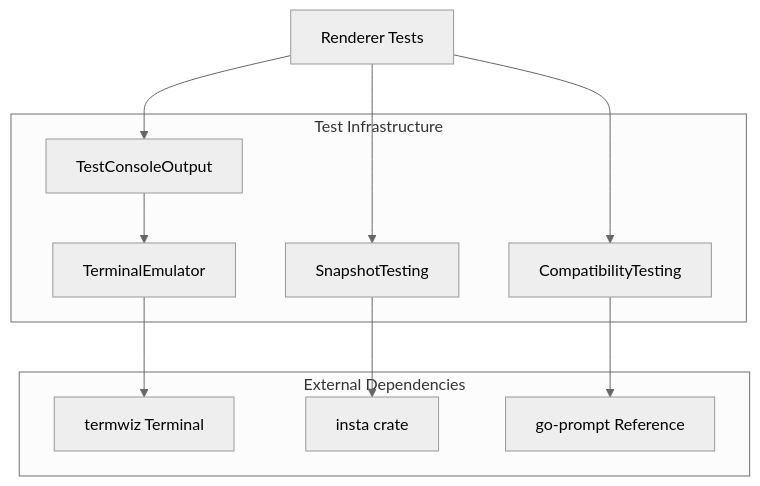
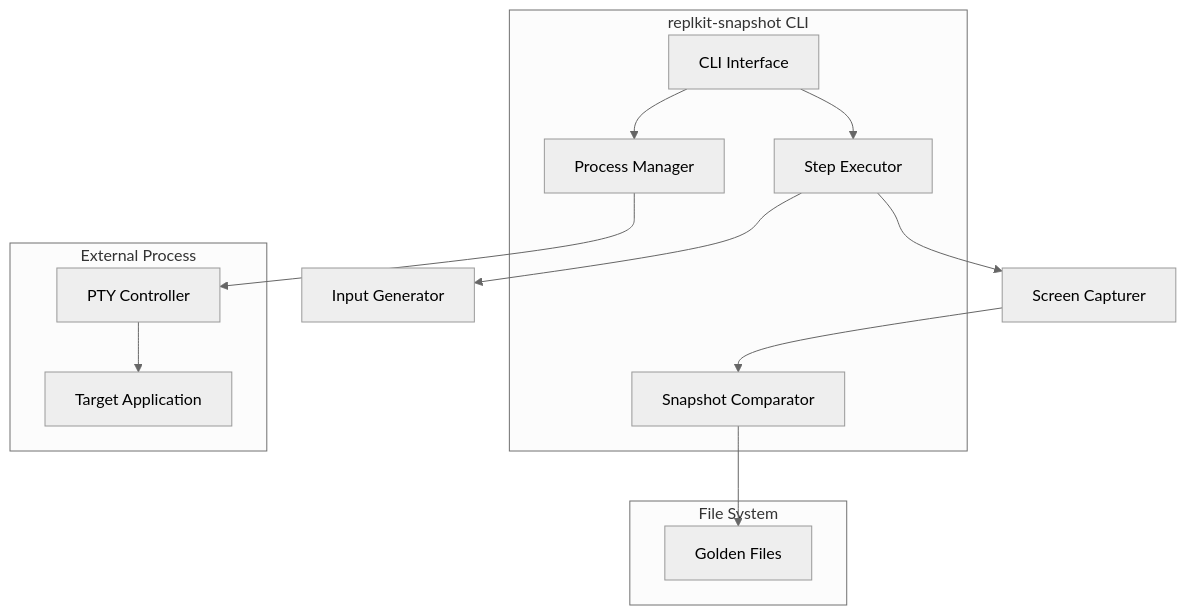
The first of 2 diagrams in .kiro/specs/automated-rendering-tests/design.md (c-bata/replkit), drawn with Mermaid (neutral theme) before and after one commit. The commit also changed other lines of this file and 4 other files, not shown here.

````diff
--- a/.kiro/specs/automated-rendering-tests/design.md
+++ b/.kiro/specs/automated-rendering-tests/design.md
@@ -11,25 +11,29 @@
 ```mermaid
 graph TB
-    A[Renderer Tests] --> B[TestConsoleOutput]
-    B --> C[TerminalEmulator]
-    C --> D[termwiz Terminal]
+    A[CLI Interface] --> B[Process Manager]
+    B --> C[PTY Controller]
+    C --> D[Target Application]
     
-    A --> E[SnapshotTesting]
-    E --> F[insta crate]
+    A --> E[Step Executor]
+    E --> F[Input Generator]
+    E --> G[Screen Capturer]
     
-    A --> G[CompatibilityTesting]
-    G --> H[go-prompt Reference]
+    G --> H[Snapshot Comparator]
+    H --> I[Golden Files]
     
-    subgraph "Test Infrastructure"
+    subgraph "replkit-snapshot CLI"
+        A
         B
-        C
         E
-        G
+        H
     end
     
-    subgraph "External Dependencies"
+    subgraph "External Process"
+        C
         D
-        F
-        H
+    end
+    
+    subgraph "File System"
+        I
     end
 ```
````
